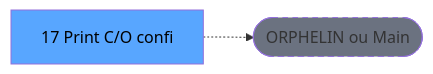
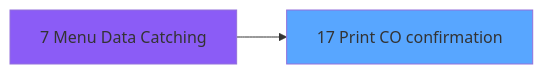
The second of 3 diagrams in .openspec/specs/ADH-IDE-17.md (thonyAGP/magic-migration), drawn with Mermaid before and after one commit. The commit also changed other lines of this file and 253 other files, not shown here.

````diff
--- a/.openspec/specs/ADH-IDE-17.md
+++ b/.openspec/specs/ADH-IDE-17.md
@@ -119,8 +383,8 @@
 ```mermaid
 graph LR
-    T[17 Print C/O confi]
-    ORPHAN([ORPHELIN ou Main])
-    T -.-> ORPHAN
-    style T fill:#58a6ff,color:#000
-    style ORPHAN fill:#6b7280,stroke-dasharray: 5 5
+    T17[17 Print CO confirmation]
+    style T17 fill:#58a6ff
+    CC7[7 Menu Data Catching]
+    style CC7 fill:#8b5cf6
+    CC7 --> T17
 ```
````
